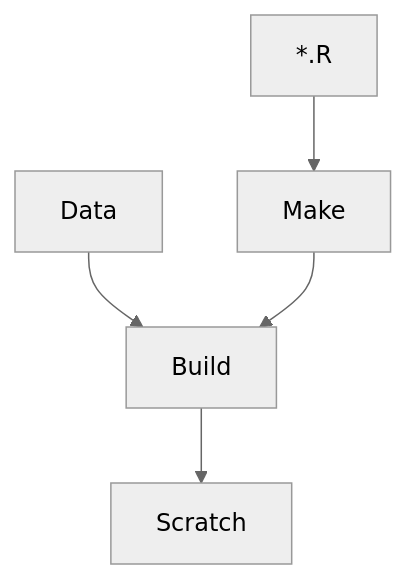
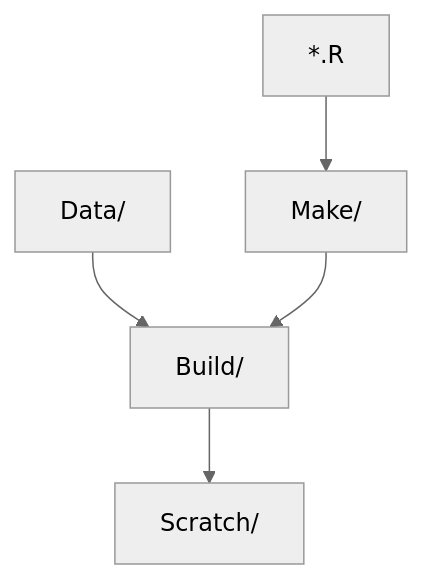
The diagram in README.md (BAAQMD/InMAP-SFAB), drawn with Mermaid (neutral theme) before and after one commit.

````diff
--- a/README.md
+++ b/README.md
@@ -21,7 +21,7 @@
 ```mermaid
   graph TD;
-      *.R-->Make;
-      Data-->Build;
-      Make-->Build;
-      Build-->Scratch;
+      *.R-->Make/;
+      Data/-->Build/;
+      Make/-->Build/;
+      Build/-->Scratch/;
 ```
````
